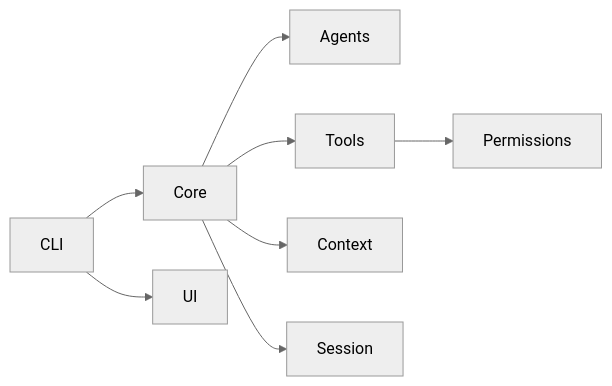
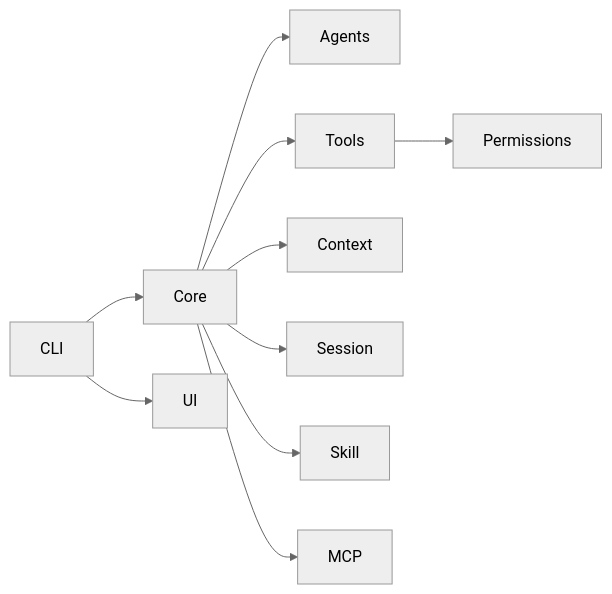
Before and after one commit to SSZero-670/easy-agent-cli: diagram 12 of 12 in .qoder/repowiki/zh/content/API参考/核心逻辑API.md, drawn with Mermaid (neutral theme). The commit also changed other lines of this file and 9 other files, not shown here.

````diff
--- a/.qoder/repowiki/zh/content/API参考/核心逻辑API.md
+++ b/.qoder/repowiki/zh/content/API参考/核心逻辑API.md
@@ -368,10 +448,12 @@
 ```mermaid
 graph LR
 CLI["CLI"] --> CORE["Core"]
 CORE --> AGENTS["Agents"]
 CORE --> TOOLS["Tools"]
 CORE --> CONTEXT["Context"]
 CORE --> SESSION["Session"]
+CORE --> SKILL["Skill"]
+CORE --> MCP["MCP"]
 TOOLS --> PERMISSIONS["Permissions"]
 CLI --> UI["UI"]
 ```
````
